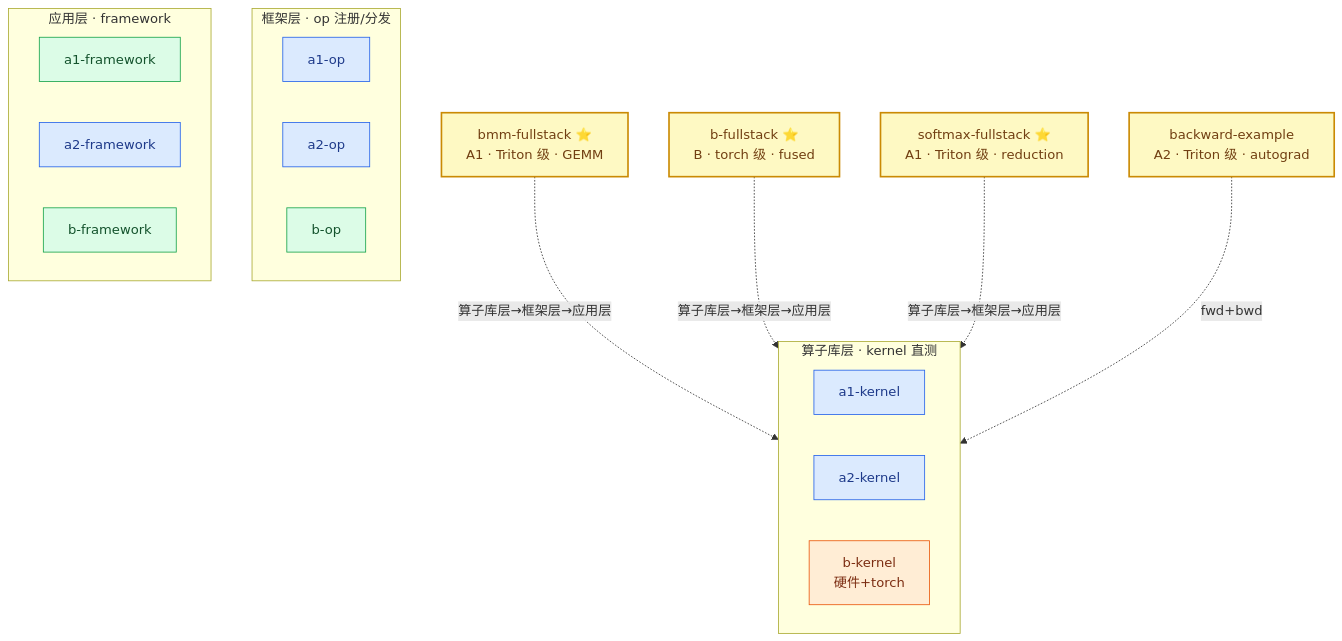
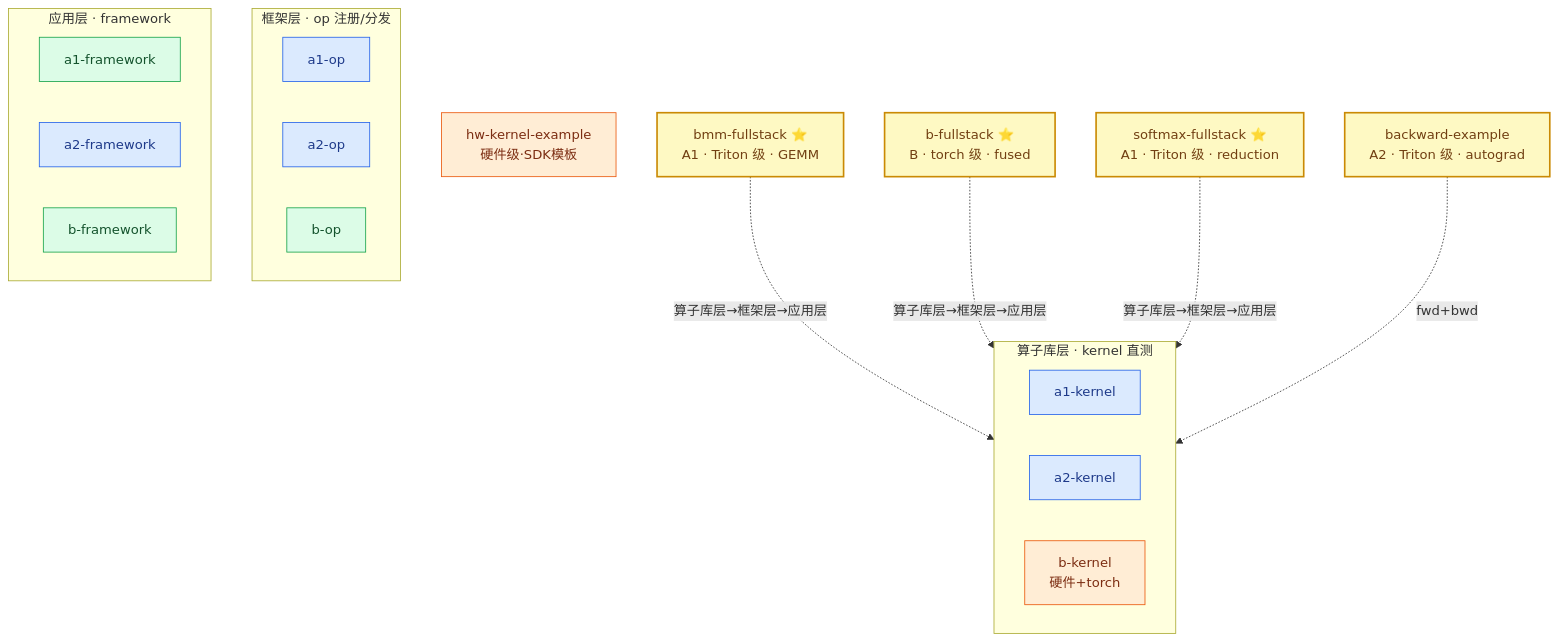
One commit to FLAG-OP/FlagOS-OP changed the diagram in examples/README.md. Above: the diagram before and after it, drawn with Mermaid. The commit also changed 3 other files, not shown here.

````diff
--- a/examples/README.md
+++ b/examples/README.md
@@ -8,36 +8,37 @@
 ```mermaid
 flowchart TB
     classDef tr_level fill:#dbeafe,stroke:#2563eb,color:#1e3a8a
     classDef torch_level fill:#dcfce7,stroke:#16a34a,color:#14532d
     classDef hw_level fill:#ffedd5,stroke:#ea580c,color:#7c2d12
     classDef fs fill:#fef9c3,stroke:#ca8a04,stroke-width:2px,color:#713f12
 
     subgraph L0["算子库层 · kernel 直测"]
         direction LR
         A1K["a1-kernel"]:::tr_level
         A2K["a2-kernel"]:::tr_level
         BK["b-kernel<br/>硬件+torch"]:::hw_level
     end
     subgraph L2["框架层 · op 注册/分发"]
         direction LR
         A1O["a1-op"]:::tr_level
         A2O["a2-op"]:::tr_level
         BO["b-op"]:::torch_level
     end
     subgraph L4["应用层 · framework"]
         direction LR
         A1F["a1-framework"]:::torch_level
         A2F["a2-framework"]:::tr_level
         BF["b-framework"]:::torch_level
     end
 
+    HWK["hw-kernel-example<br/>硬件级·SDK模板"]:::hw_level
     BMM["bmm-fullstack ⭐<br/>A1 · Triton 级 · GEMM"]:::fs
     BFS["b-fullstack ⭐<br/>B · torch 级 · fused"]:::fs
     SMX["softmax-fullstack ⭐<br/>A1 · Triton 级 · reduction"]:::fs
     BWD["backward-example<br/>A2 · Triton 级 · autograd"]:::fs
 
     BMM -. "算子库层→框架层→应用层" .-> A1K
     BFS -. "算子库层→框架层→应用层" .-> BK
     SMX -. "算子库层→框架层→应用层" .-> A1K
     BWD -. "fwd+bwd" .-> A2K
 ```
````
